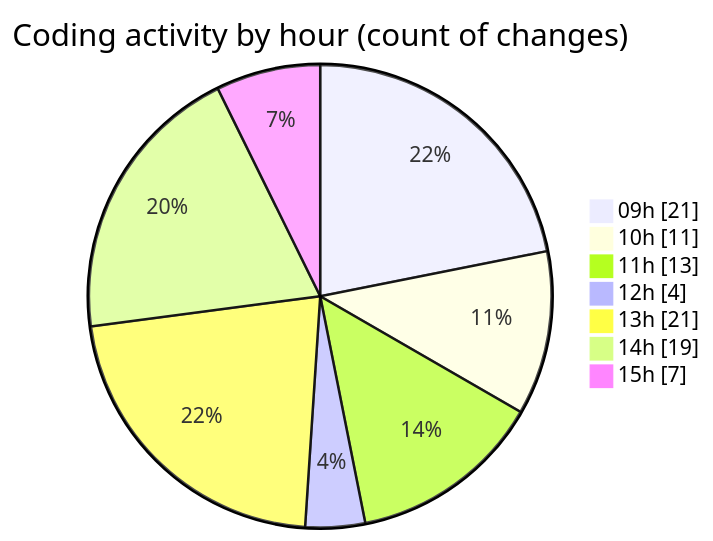
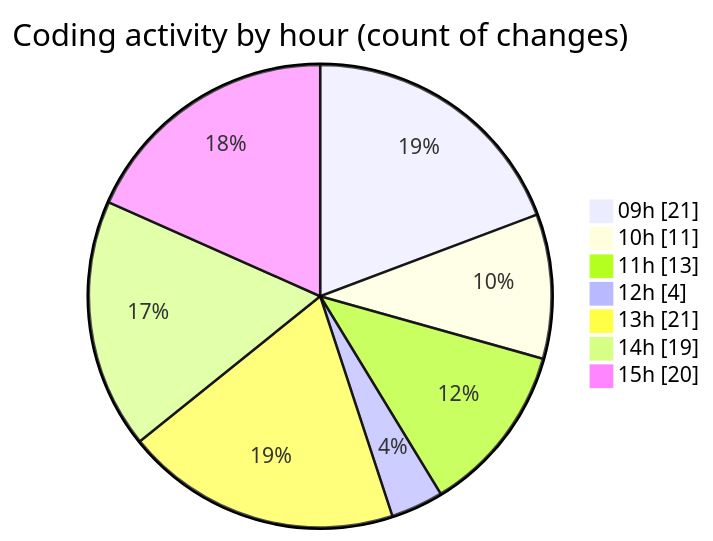
One commit to momahboobian/code-tracking changed the second of 2 diagrams in 2026-06-01/cda/README.md. Above: the diagram before and after it, drawn with Mermaid. The commit also changed other lines of this file and 1 other file, not shown here.

````diff
--- a/2026-06-01/cda/README.md
+++ b/2026-06-01/cda/README.md
@@ -66,11 +80,11 @@
 ```mermaid
 pie showData
 title Coding activity by hour (count of changes)
 "09h" : 21
 "10h" : 11
 "11h" : 13
 "12h" : 4
 "13h" : 21
 "14h" : 19
-"15h" : 7
+"15h" : 20
 ```
````
